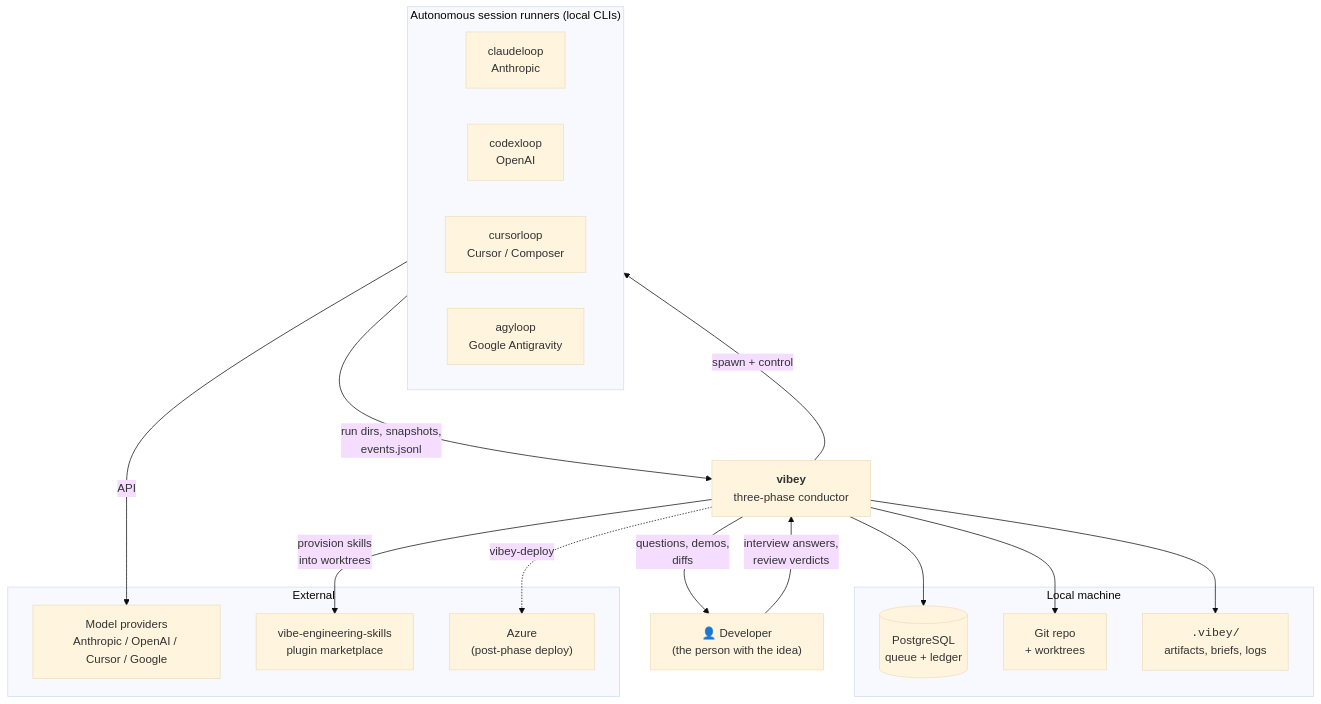
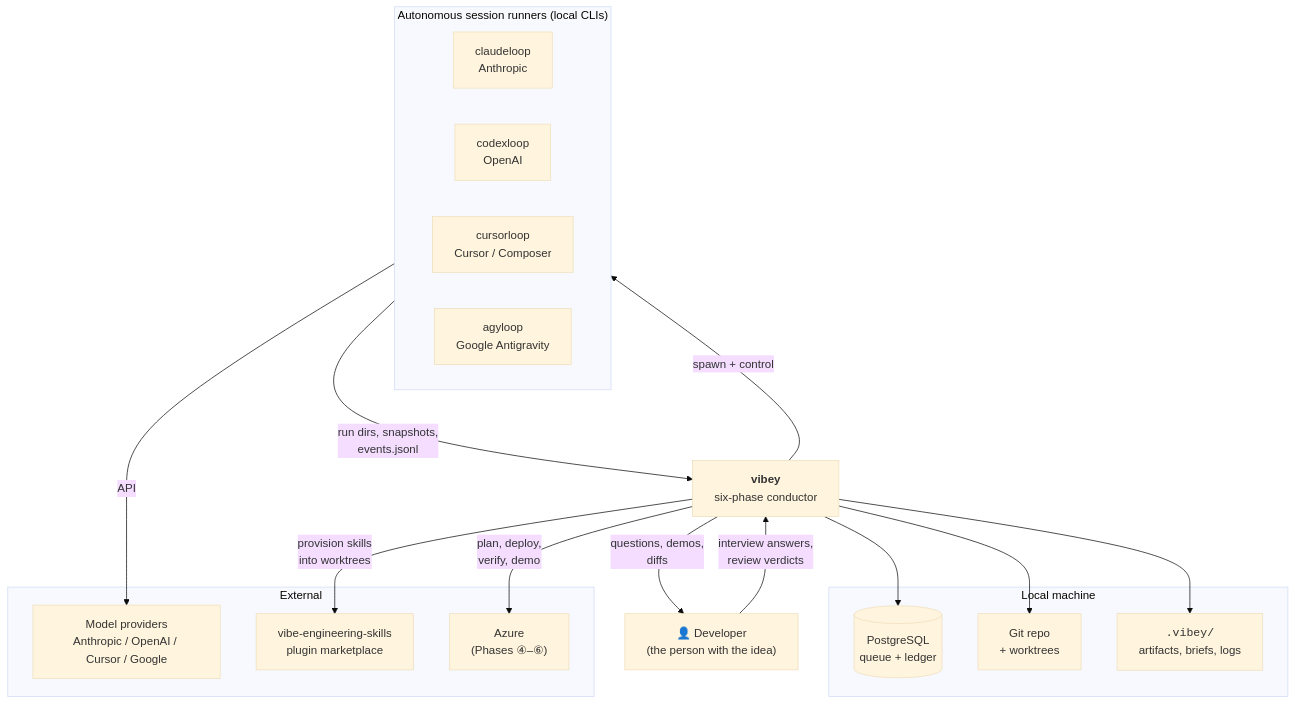
The first of 6 diagrams in docs/plans/architecture-and-roadmap.md (adammatthewsteinberger/vibey), drawn with Mermaid (base theme) before and after one commit. The commit also changed other lines of this file and 9 other files, not shown here.

Commit message:
docs: plan six-phase Azure deployment lifecycle

````diff
--- a/docs/plans/architecture-and-roadmap.md
+++ b/docs/plans/architecture-and-roadmap.md
@@ -82,35 +82,35 @@
 ```mermaid
 graph TB
     User["👤 Developer<br/>(the person with the idea)"]
-    Vibey["<b>vibey</b><br/>three-phase conductor"]
+    Vibey["<b>vibey</b><br/>six-phase conductor"]
 
     subgraph Engines["Autonomous session runners (local CLIs)"]
         CL["claudeloop<br/>Anthropic"]
         XL["codexloop<br/>OpenAI"]
         UL["cursorloop<br/>Cursor / Composer"]
         AL["agyloop<br/>Google Antigravity"]
     end
 
     subgraph Local["Local machine"]
         PG[("PostgreSQL<br/>queue + ledger")]
         Git["Git repo<br/>+ worktrees"]
         FS["<code>.vibey/</code><br/>artifacts, briefs, logs"]
     end
 
     subgraph External["External"]
         Providers["Model providers<br/>Anthropic / OpenAI / Cursor / Google"]
         Market["vibe-engineering-skills<br/>plugin marketplace"]
-        Azure["Azure<br/>(post-phase deploy)"]
+        Azure["Azure<br/>(Phases ④–⑥)"]
     end
 
     User -->|"interview answers,<br/>review verdicts"| Vibey
     Vibey -->|"questions, demos,<br/>diffs"| User
     Vibey -->|"spawn + control"| Engines
     Engines -->|"run dirs, snapshots,<br/>events.jsonl"| Vibey
     Engines -->|API| Providers
     Vibey --> PG
     Vibey --> Git
     Vibey --> FS
     Vibey -->|"provision skills<br/>into worktrees"| Market
-    Vibey -.->|"vibey-deploy"| Azure
+    Vibey -->|"plan, deploy,<br/>verify, demo"| Azure
 ```
````
